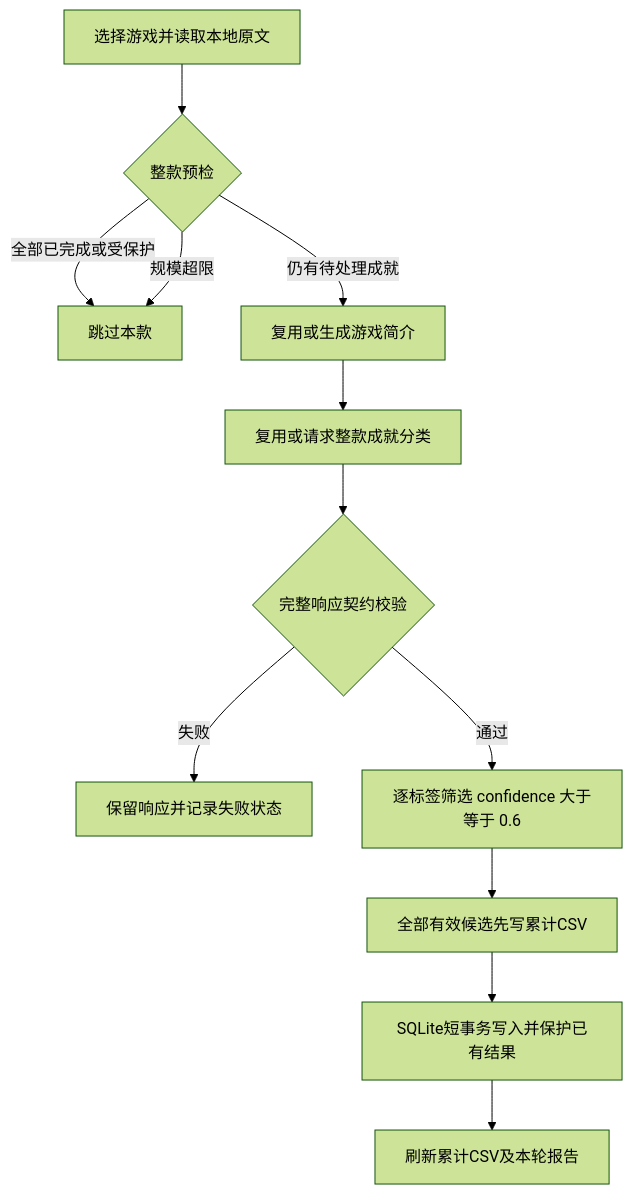
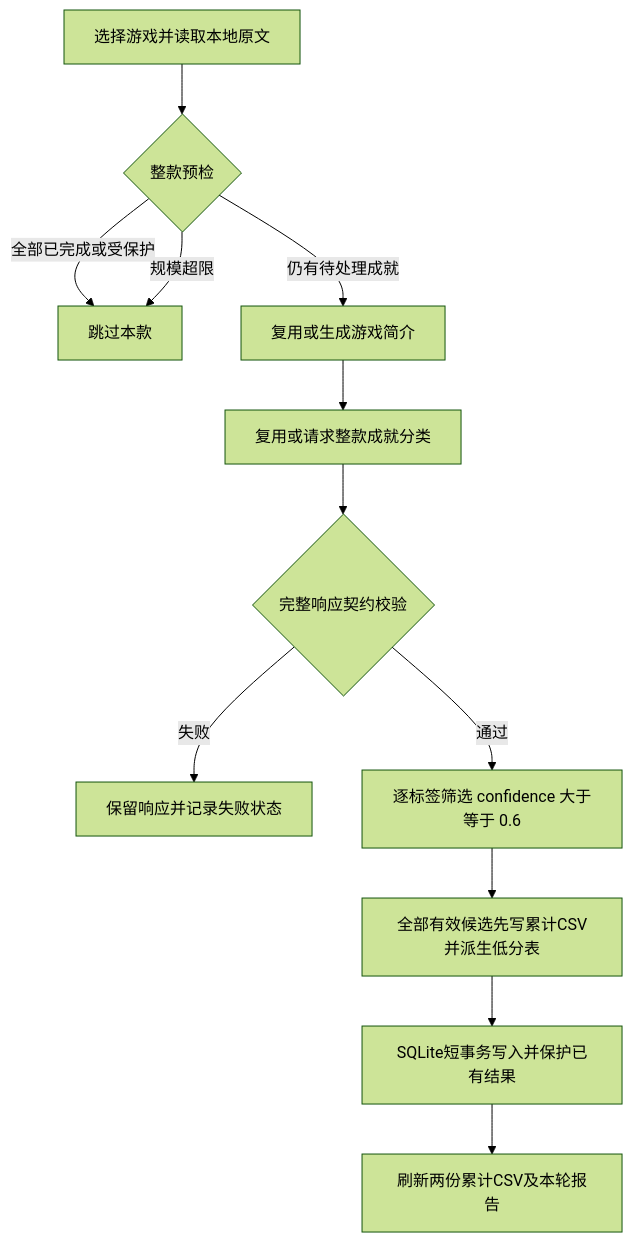
The diagram in result/LYX/docs/DEEPSEEK_PLAN.md (WwhdsOne/achievement-analytics), drawn with Mermaid (forest theme) before and after one commit. The commit also changed other lines of this file and 20 other files, not shown here.

````diff
--- a/result/LYX/docs/DEEPSEEK_PLAN.md
+++ b/result/LYX/docs/DEEPSEEK_PLAN.md
@@ -24,14 +24,14 @@
 ```mermaid
 flowchart TD
     A[选择游戏并读取本地原文] --> B{整款预检}
     B -->|全部已完成或受保护| C[跳过本款]
     B -->|规模超限| C
     B -->|仍有待处理成就| D[复用或生成游戏简介]
     D --> E[复用或请求整款成就分类]
     E --> F{完整响应契约校验}
     F -->|失败| G[保留响应并记录失败状态]
     F -->|通过| H[逐标签筛选 confidence 大于等于 0.6]
-    H --> I[全部有效候选先写累计CSV]
+    H --> I[全部有效候选先写累计CSV并派生低分表]
     I --> J[SQLite短事务写入并保护已有结果]
-    J --> K[刷新累计CSV及本轮报告]
+    J --> K[刷新两份累计CSV及本轮报告]
 ```
````
